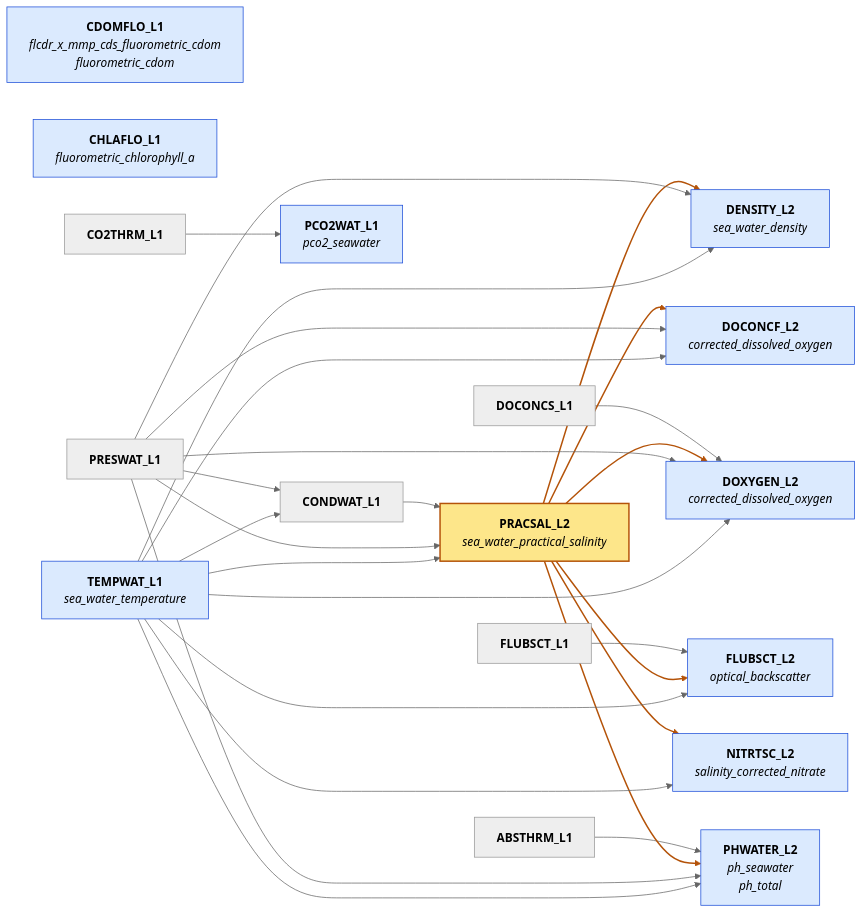
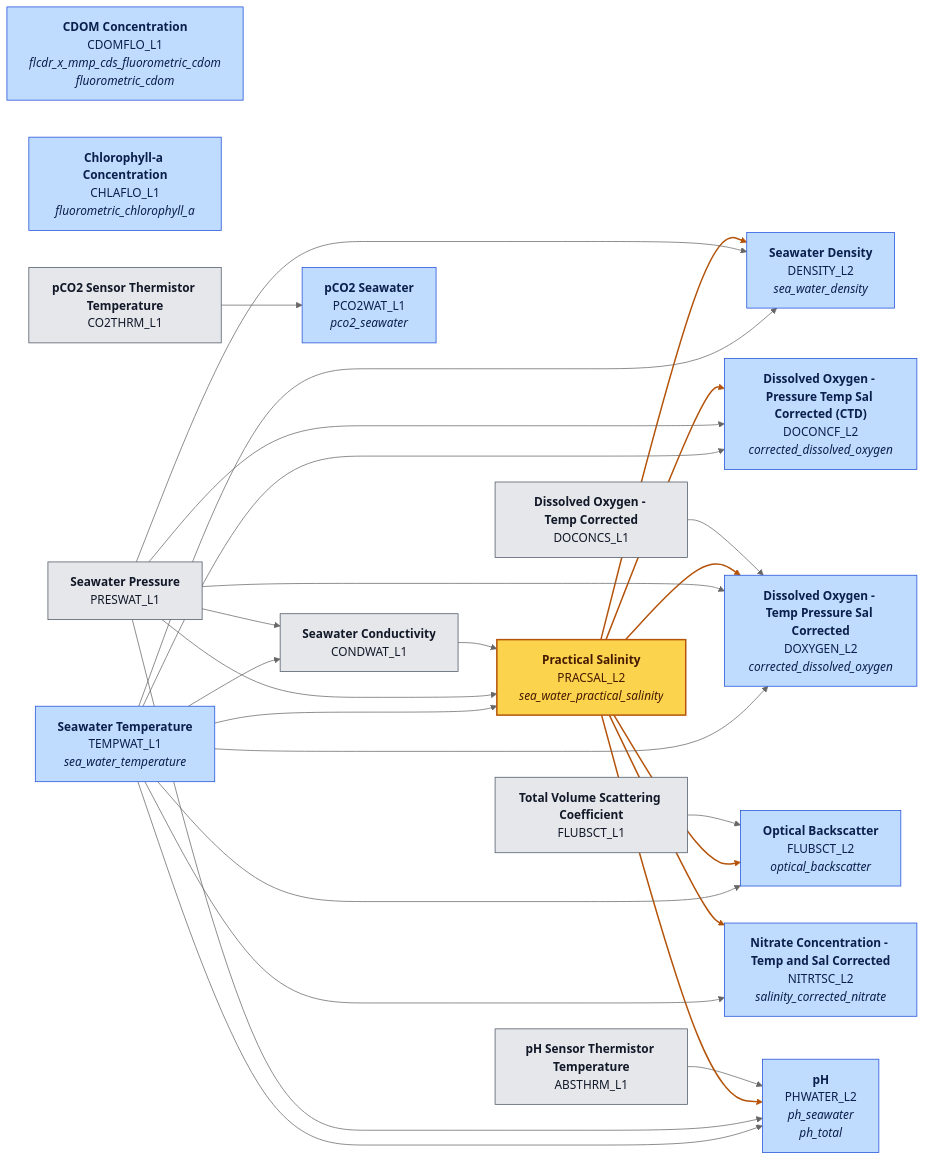
One commit to ooi-data/rca-cicoes-cresst changed the diagram in docs/parameter_dependencies.md. Above: the diagram before and after it, drawn with Mermaid (neutral theme). The commit also changed other lines of this file and 1 other file, not shown here.

Commit message:
graph improvements

````diff
--- a/docs/parameter_dependencies.md
+++ b/docs/parameter_dependencies.md
@@ -16,50 +16,51 @@
 ```mermaid
 flowchart LR
-    ABSTHRM_L1["<b>ABSTHRM_L1</b>"]
-    CDOMFLO_L1["<b>CDOMFLO_L1</b><br/><i>flcdr_x_mmp_cds_fluorometric_cdom</i><br/><i>fluorometric_cdom</i>"]
-    CHLAFLO_L1["<b>CHLAFLO_L1</b><br/><i>fluorometric_chlorophyll_a</i>"]
-    CO2THRM_L1["<b>CO2THRM_L1</b>"]
-    CONDWAT_L1["<b>CONDWAT_L1</b>"]
-    DENSITY_L2["<b>DENSITY_L2</b><br/><i>sea_water_density</i>"]
-    DOCONCF_L2["<b>DOCONCF_L2</b><br/><i>corrected_dissolved_oxygen</i>"]
-    DOCONCS_L1["<b>DOCONCS_L1</b>"]
-    DOXYGEN_L2["<b>DOXYGEN_L2</b><br/><i>corrected_dissolved_oxygen</i>"]
-    FLUBSCT_L1["<b>FLUBSCT_L1</b>"]
-    FLUBSCT_L2["<b>FLUBSCT_L2</b><br/><i>optical_backscatter</i>"]
-    NITRTSC_L2["<b>NITRTSC_L2</b><br/><i>salinity_corrected_nitrate</i>"]
-    PCO2WAT_L1["<b>PCO2WAT_L1</b><br/><i>pco2_seawater</i>"]
-    PHWATER_L2["<b>PHWATER_L2</b><br/><i>ph_seawater</i><br/><i>ph_total</i>"]
-    PRACSAL_L2["<b>PRACSAL_L2</b><br/><i>sea_water_practical_salinity</i>"]
-    PRESWAT_L1["<b>PRESWAT_L1</b>"]
-    TEMPWAT_L1["<b>TEMPWAT_L1</b><br/><i>sea_water_temperature</i>"]
+    ABSTHRM_L1["<b>pH Sensor Thermistor Temperature</b><br/>ABSTHRM_L1"]
+    CDOMFLO_L1["<b>CDOM Concentration</b><br/>CDOMFLO_L1<br/><i>flcdr_x_mmp_cds_fluorometric_cdom</i><br/><i>fluorometric_cdom</i>"]
+    CHLAFLO_L1["<b>Chlorophyll-a Concentration</b><br/>CHLAFLO_L1<br/><i>fluorometric_chlorophyll_a</i>"]
+    CO2THRM_L1["<b>pCO2 Sensor Thermistor Temperature</b><br/>CO2THRM_L1"]
+    CONDWAT_L1["<b>Seawater Conductivity</b><br/>CONDWAT_L1"]
+    DENSITY_L2["<b>Seawater Density</b><br/>DENSITY_L2<br/><i>sea_water_density</i>"]
+    DOCONCF_L2["<b>Dissolved Oxygen - Pressure Temp Sal Corrected (CTD)</b><br/>DOCONCF_L2<br/><i>corrected_dissolved_oxygen</i>"]
+    DOCONCS_L1["<b>Dissolved Oxygen - Temp Corrected</b><br/>DOCONCS_L1"]
+    DOXYGEN_L2["<b>Dissolved Oxygen - Temp Pressure Sal Corrected</b><br/>DOXYGEN_L2<br/><i>corrected_dissolved_oxygen</i>"]
+    FLUBSCT_L1["<b>Total Volume Scattering Coefficient</b><br/>FLUBSCT_L1"]
+    FLUBSCT_L2["<b>Optical Backscatter</b><br/>FLUBSCT_L2<br/><i>optical_backscatter</i>"]
+    NITRTSC_L2["<b>Nitrate Concentration - Temp and Sal Corrected</b><br/>NITRTSC_L2<br/><i>salinity_corrected_nitrate</i>"]
+    PCO2WAT_L1["<b>pCO2 Seawater</b><br/>PCO2WAT_L1<br/><i>pco2_seawater</i>"]
+    PHWATER_L2["<b>pH</b><br/>PHWATER_L2<br/><i>ph_seawater</i><br/><i>ph_total</i>"]
+    PRACSAL_L2["<b>Practical Salinity</b><br/>PRACSAL_L2<br/><i>sea_water_practical_salinity</i>"]
+    PRESWAT_L1["<b>Seawater Pressure</b><br/>PRESWAT_L1"]
+    TEMPWAT_L1["<b>Seawater Temperature</b><br/>TEMPWAT_L1<br/><i>sea_water_temperature</i>"]
     ABSTHRM_L1 --> PHWATER_L2
     CO2THRM_L1 --> PCO2WAT_L1
     CONDWAT_L1 --> PRACSAL_L2
     DOCONCS_L1 --> DOXYGEN_L2
     FLUBSCT_L1 --> FLUBSCT_L2
     PRACSAL_L2 --> DENSITY_L2
     PRACSAL_L2 --> DOCONCF_L2
     PRACSAL_L2 --> DOXYGEN_L2
     PRACSAL_L2 --> FLUBSCT_L2
     PRACSAL_L2 --> NITRTSC_L2
     PRACSAL_L2 --> PHWATER_L2
     PRESWAT_L1 --> CONDWAT_L1
     PRESWAT_L1 --> DENSITY_L2
     PRESWAT_L1 --> DOCONCF_L2
     PRESWAT_L1 --> DOXYGEN_L2
     PRESWAT_L1 --> PHWATER_L2
     PRESWAT_L1 --> PRACSAL_L2
     TEMPWAT_L1 --> CONDWAT_L1
     TEMPWAT_L1 --> DENSITY_L2
     TEMPWAT_L1 --> DOCONCF_L2
     TEMPWAT_L1 --> DOXYGEN_L2
     TEMPWAT_L1 --> FLUBSCT_L2
     TEMPWAT_L1 --> NITRTSC_L2
     TEMPWAT_L1 --> PHWATER_L2
     TEMPWAT_L1 --> PRACSAL_L2
-    classDef product fill:#dbeafe,stroke:#1d4ed8
-    classDef salinity fill:#fde68a,stroke:#b45309,stroke-width:2px
+    classDef default fill:#e5e7eb,stroke:#4b5563,color:#111827
+    classDef product fill:#bfdbfe,stroke:#1d4ed8,color:#0b1f4d
+    classDef salinity fill:#fcd34d,stroke:#b45309,stroke-width:2px,color:#451a03
     class CDOMFLO_L1,CHLAFLO_L1,DENSITY_L2,DOCONCF_L2,DOXYGEN_L2,FLUBSCT_L2,NITRTSC_L2,PCO2WAT_L1,PHWATER_L2,TEMPWAT_L1 product
     class PRACSAL_L2 salinity
     linkStyle 5,6,7,8,9,10 stroke:#b45309,stroke-width:2px
 ```
````
